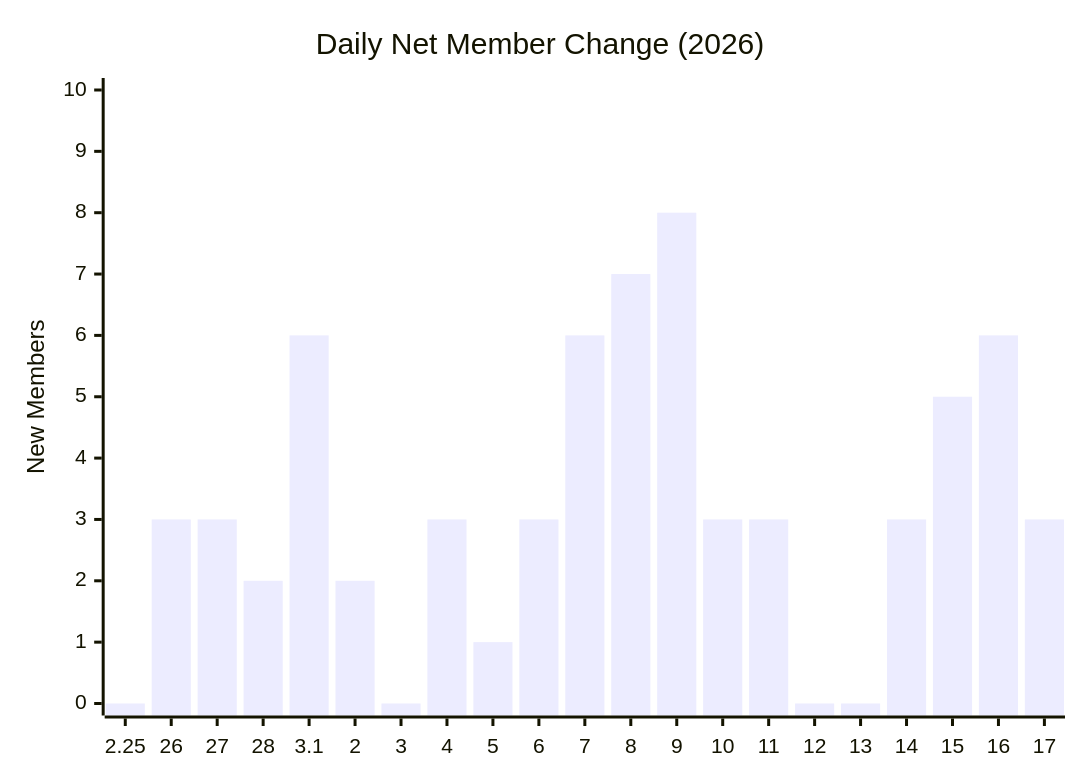
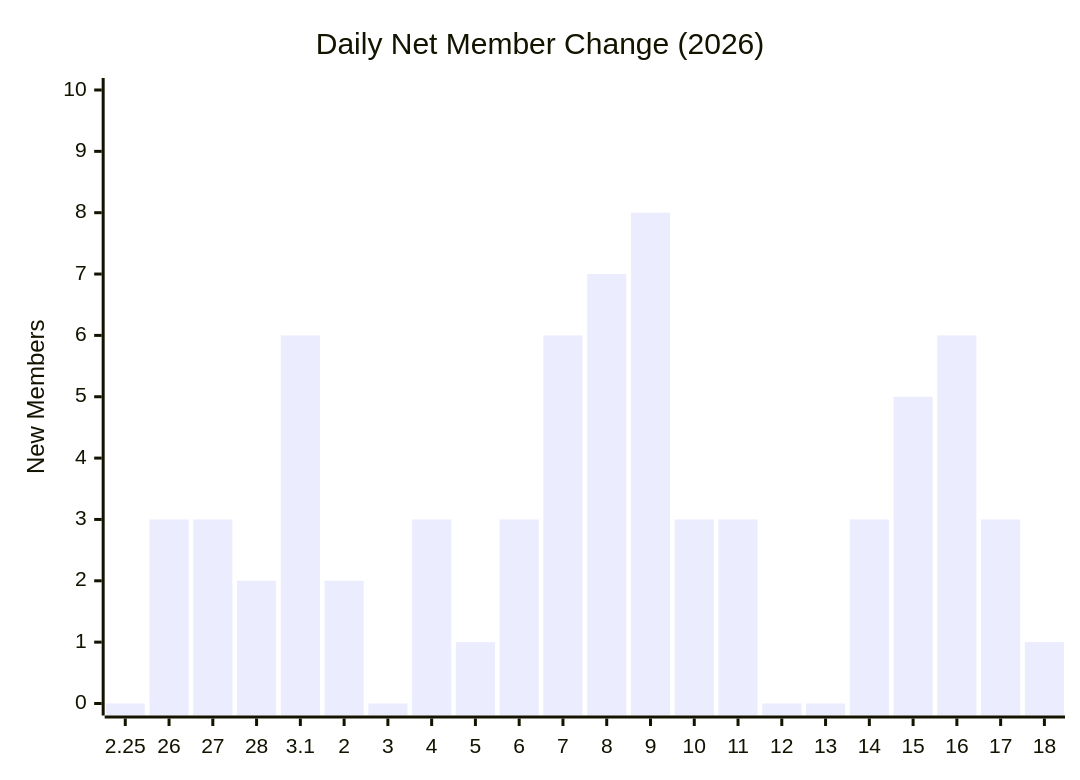
Before and after one commit to MattSherwood/March-web: the third of 3 diagrams in exports/charts/daily-cumulative-member-tally-2026.md, drawn with Mermaid. The commit also changed other lines of this file and 4 other files, not shown here.

````diff
--- a/exports/charts/daily-cumulative-member-tally-2026.md
+++ b/exports/charts/daily-cumulative-member-tally-2026.md
@@ -25,7 +25,7 @@
 ```mermaid
 xychart-beta
     title "Daily Net Member Change (2026)"
-    x-axis ["2.25", "26", "27", "28", "3.1", "2", "3", "4", "5", "6", "7", "8", "9", "10", "11", "12", "13", "14", "15", "16", "17"]
+    x-axis ["2.25", "26", "27", "28", "3.1", "2", "3", "4", "5", "6", "7", "8", "9", "10", "11", "12", "13", "14", "15", "16", "17", "18"]
     y-axis "New Members" 0 --> 10
-    bar [0, 3, 3, 2, 6, 2, 0, 3, 1, 3, 6, 7, 8, 3, 3, 0, 0, 3, 5, 6, 3]
+    bar [0, 3, 3, 2, 6, 2, 0, 3, 1, 3, 6, 7, 8, 3, 3, 0, 0, 3, 5, 6, 3, 1]
 ```
````
